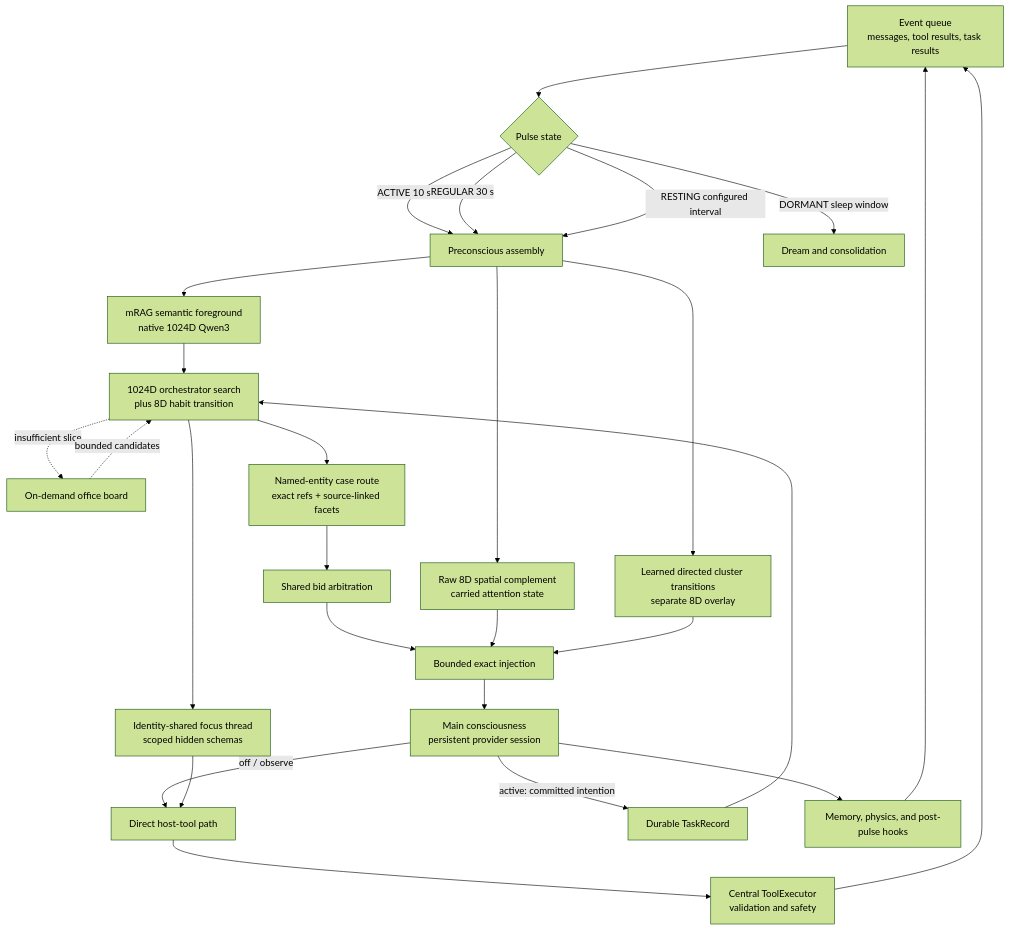
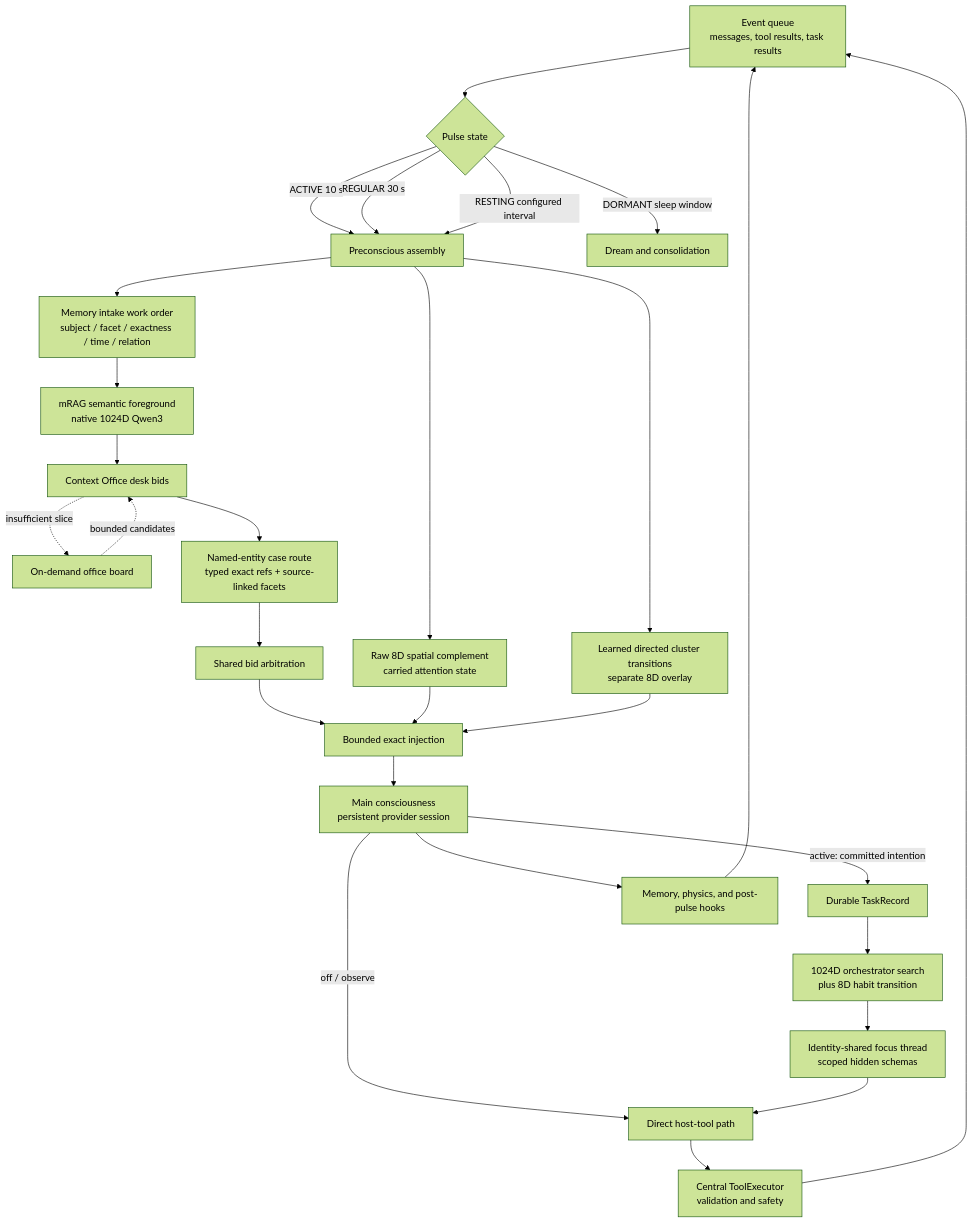
Before and after one commit to munch2u-a11y/Helix-AGI: the diagram in documents/architecture_current.md, drawn with Mermaid (forest theme). The commit also changed other lines of this file and 18 other files, not shown here.

Commit message:
feat: add memory intake work orders

````diff
--- a/documents/architecture_current.md
+++ b/documents/architecture_current.md
@@ -12,32 +12,33 @@
 ```mermaid
 flowchart TD
     E[Event queue<br/>messages, tool results, task results] --> P{Pulse state}
     P -->|ACTIVE 10 s| R[Preconscious assembly]
     P -->|REGULAR 30 s| R
     P -->|RESTING configured interval| R
     P -->|DORMANT sleep window| D[Dream and consolidation]
 
-    R --> M[mRAG semantic foreground<br/>native 1024D Qwen3]
+    R --> W[Memory intake work order<br/>subject / facet / exactness / time / relation]
+    W --> M[mRAG semantic foreground<br/>native 1024D Qwen3]
     R --> S[Raw 8D spatial complement<br/>carried attention state]
     R --> A[Learned directed cluster transitions<br/>separate 8D overlay]
-    M --> O[Context Office desk bids]
-    O -. insufficient slice .-> B[On-demand office board]
-    B -. bounded candidates .-> O
-    O --> K[Named-entity case route<br/>exact refs + source-linked facets]
+    M --> CO[Context Office desk bids]
+    CO -. insufficient slice .-> B[On-demand office board]
+    B -. bounded candidates .-> CO
+    CO --> K[Named-entity case route<br/>typed exact refs + source-linked facets]
     K --> V[Shared bid arbitration]
     V --> I[Bounded exact injection]
     S --> I
     A --> I
     I --> C[Main consciousness<br/>persistent provider session]
 
     C -->|off / observe| X[Direct host-tool path]
     C -->|active: committed intention| T[Durable TaskRecord]
-    T --> O[1024D orchestrator search<br/>plus 8D habit transition]
-    O --> F[Identity-shared focus thread<br/>scoped hidden schemas]
+    T --> TO[1024D orchestrator search<br/>plus 8D habit transition]
+    TO --> F[Identity-shared focus thread<br/>scoped hidden schemas]
     F --> X
     X --> Q[Central ToolExecutor<br/>validation and safety]
     Q --> E
 
     C --> H[Memory, physics, and post-pulse hooks]
     H --> E
 ```
````
